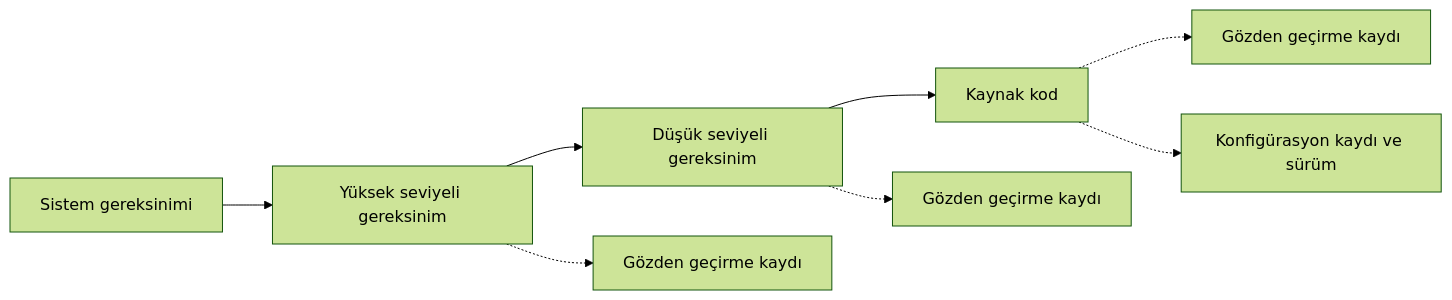
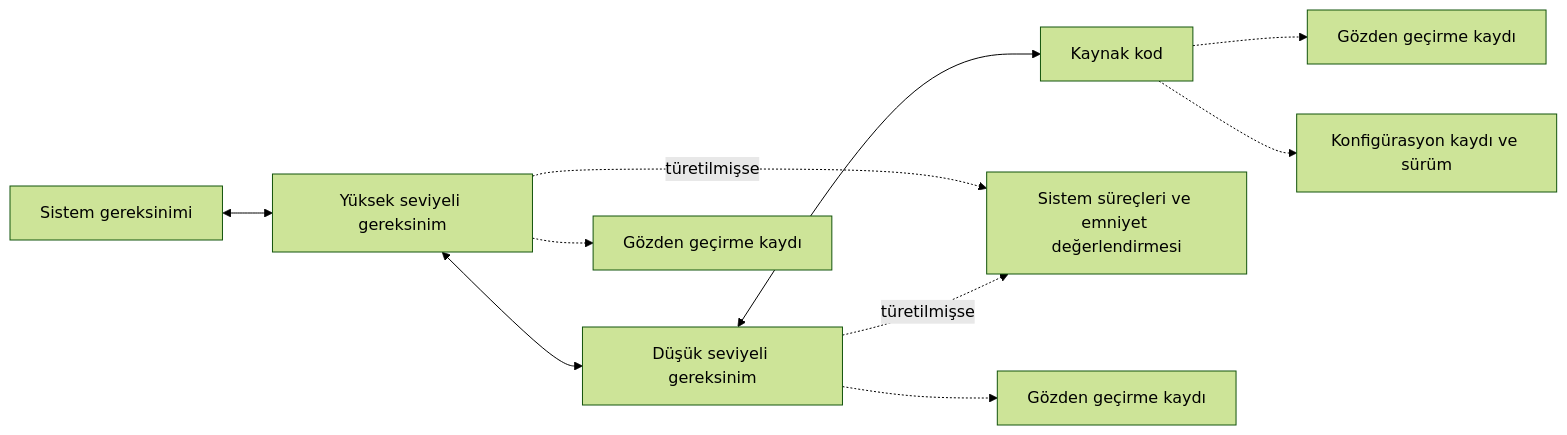
One commit to Mavrikant/aviyonikyazilim changed the diagram in kitap/kaynaklar/soi-2.md. Above: the diagram before and after it, drawn with Mermaid (forest theme). The commit also changed other lines of this file and 35 other files, not shown here.

````diff
--- a/kitap/kaynaklar/soi-2.md
+++ b/kitap/kaynaklar/soi-2.md
@@ -97,10 +125,12 @@
 ```mermaid
 flowchart LR
-    SYS[Sistem gereksinimi] --> HLR[Yüksek seviyeli gereksinim]
-    HLR --> LLR[Düşük seviyeli gereksinim]
-    LLR --> KOD[Kaynak kod]
+    SYS[Sistem gereksinimi] <--> HLR[Yüksek seviyeli gereksinim]
+    HLR <--> LLR[Düşük seviyeli gereksinim]
+    LLR <--> KOD[Kaynak kod]
+    HLR -.->|"türetilmişse"| SED[Sistem süreçleri ve emniyet değerlendirmesi]
+    LLR -.->|"türetilmişse"| SED
     HLR -.-> GG1[Gözden geçirme kaydı]
     LLR -.-> GG2[Gözden geçirme kaydı]
     KOD -.-> GG3[Gözden geçirme kaydı]
     KOD -.-> KY[Konfigürasyon kaydı ve sürüm]
 ```
````
